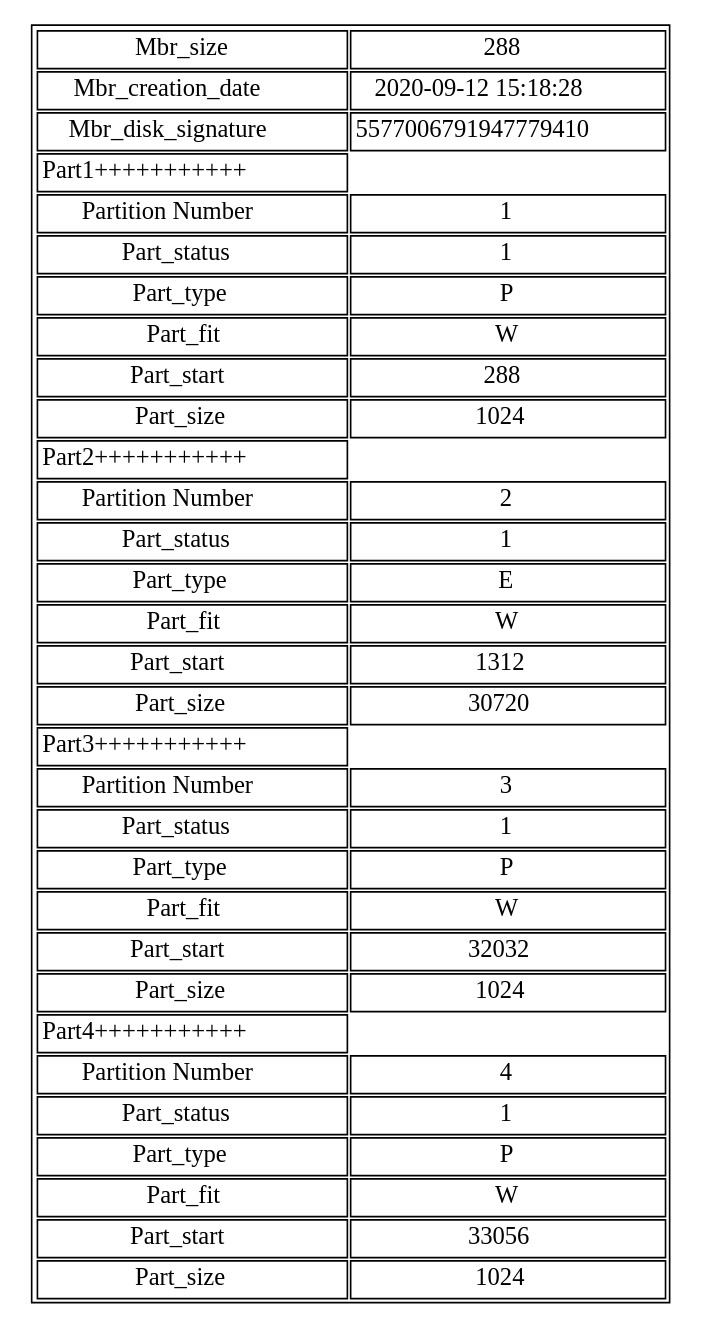
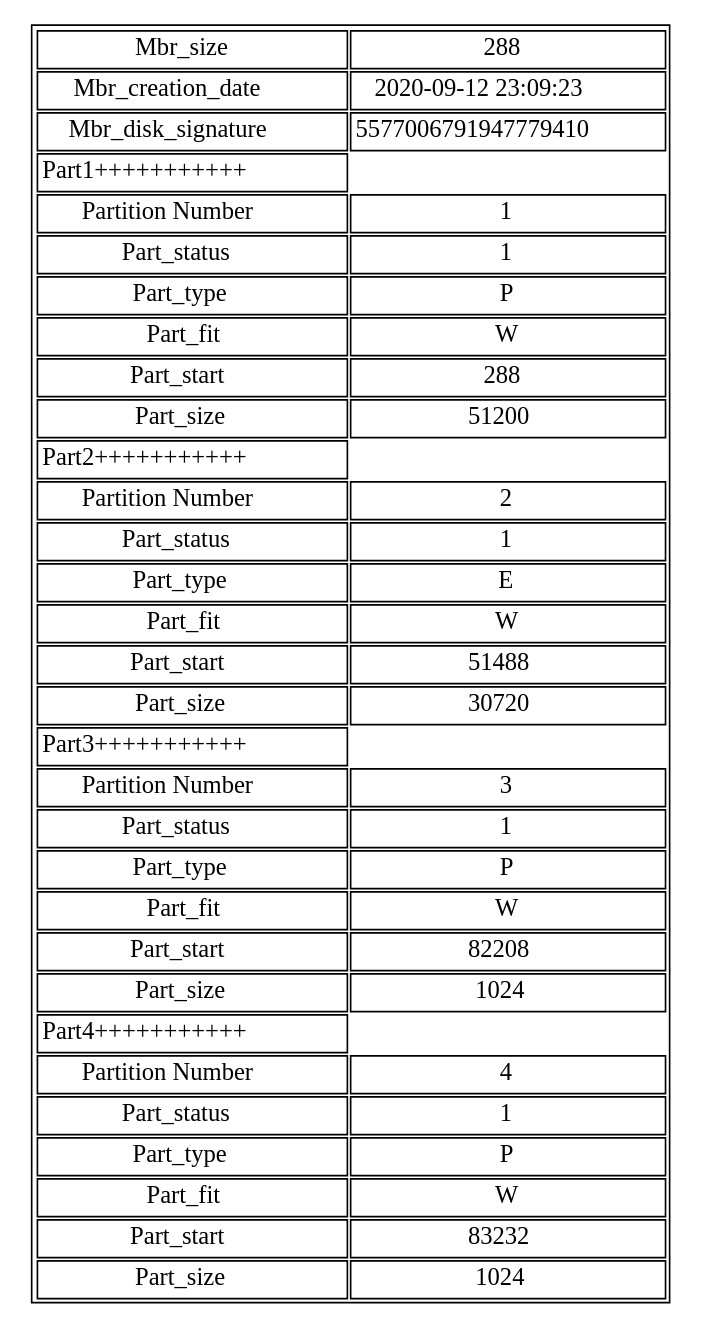
The diagram in reports/dots/mbr.jpg.dot (elJuanjoRamos/-MIA-Proyecto1_201801262), drawn with Graphviz before and after one commit. The commit also changed 14 other files, not shown here.

```diff
--- a/reports/dots/mbr.jpg.dot
+++ b/reports/dots/mbr.jpg.dot
@@ -1,1 +1,1 @@
-digraph test { graph [ratio=fill];node [label="Grafica", fontsize=15, shape=plaintext];graph [bb="0,0,352,154"];arset [label=<<TABLE><TR><TD>Mbr_size</TD><TD>288</TD></TR><TR><TD>Mbr_creation_date</TD><TD>2020-09-12 15:18:28</TD></TR><TR><TD>Mbr_disk_signature</TD><TD>5577006791947779410</TD></TR><TR><TD>Part1+++++++++++</TD></TR><TR><TD>Partition Number</TD><TD>1</TD></TR><TR><TD>Part_status</TD><TD>1</TD></TR><TR><TD>Part_type</TD><TD>P</TD></TR><TR><TD>Part_fit</TD><TD>W</TD></TR><TR><TD>Part_start</TD><TD>288</TD></TR><TR><TD>Part_size</TD><TD>1024</TD></TR><TR><TD>Part2+++++++++++</TD></TR><TR><TD>Partition Number</TD><TD>2</TD></TR><TR><TD>Part_status</TD><TD>1</TD></TR><TR><TD>Part_type</TD><TD>E</TD></TR><TR><TD>Part_fit</TD><TD>W</TD></TR><TR><TD>Part_start</TD><TD>1312</TD></TR><TR><TD>Part_size</TD><TD>30720</TD></TR><TR><TD>Part3+++++++++++</TD></TR><TR><TD>Partition Number</TD><TD>3</TD></TR><TR><TD>Part_status</TD><TD>1</TD></TR><TR><TD>Part_type</TD><TD>P</TD></TR><TR><TD>Part_fit</TD><TD>W</TD></TR><TR><TD>Part_start</TD><TD>32032</TD></TR><TR><TD>Part_size</TD><TD>1024</TD></TR><TR><TD>Part4+++++++++++</TD></TR><TR><TD>Partition Number</TD><TD>4</TD></TR><TR><TD>Part_status</TD><TD>1</TD></TR><TR><TD>Part_type</TD><TD>P</TD></TR><TR><TD>Part_fit</TD><TD>W</TD></TR><TR><TD>Part_start</TD><TD>33056</TD></TR><TR><TD>Part_size</TD><TD>1024</TD></TR></TABLE>>, ];}
+digraph test { graph [ratio=fill];node [label="Grafica", fontsize=15, shape=plaintext];graph [bb="0,0,352,154"];arset [label=<<TABLE><TR><TD>Mbr_size</TD><TD>288</TD></TR><TR><TD>Mbr_creation_date</TD><TD>2020-09-12 23:09:23</TD></TR><TR><TD>Mbr_disk_signature</TD><TD>5577006791947779410</TD></TR><TR><TD>Part1+++++++++++</TD></TR><TR><TD>Partition Number</TD><TD>1</TD></TR><TR><TD>Part_status</TD><TD>1</TD></TR><TR><TD>Part_type</TD><TD>P</TD></TR><TR><TD>Part_fit</TD><TD>W</TD></TR><TR><TD>Part_start</TD><TD>288</TD></TR><TR><TD>Part_size</TD><TD>51200</TD></TR><TR><TD>Part2+++++++++++</TD></TR><TR><TD>Partition Number</TD><TD>2</TD></TR><TR><TD>Part_status</TD><TD>1</TD></TR><TR><TD>Part_type</TD><TD>E</TD></TR><TR><TD>Part_fit</TD><TD>W</TD></TR><TR><TD>Part_start</TD><TD>51488</TD></TR><TR><TD>Part_size</TD><TD>30720</TD></TR><TR><TD>Part3+++++++++++</TD></TR><TR><TD>Partition Number</TD><TD>3</TD></TR><TR><TD>Part_status</TD><TD>1</TD></TR><TR><TD>Part_type</TD><TD>P</TD></TR><TR><TD>Part_fit</TD><TD>W</TD></TR><TR><TD>Part_start</TD><TD>82208</TD></TR><TR><TD>Part_size</TD><TD>1024</TD></TR><TR><TD>Part4+++++++++++</TD></TR><TR><TD>Partition Number</TD><TD>4</TD></TR><TR><TD>Part_status</TD><TD>1</TD></TR><TR><TD>Part_type</TD><TD>P</TD></TR><TR><TD>Part_fit</TD><TD>W</TD></TR><TR><TD>Part_start</TD><TD>83232</TD></TR><TR><TD>Part_size</TD><TD>1024</TD></TR></TABLE>>, ];}
```
